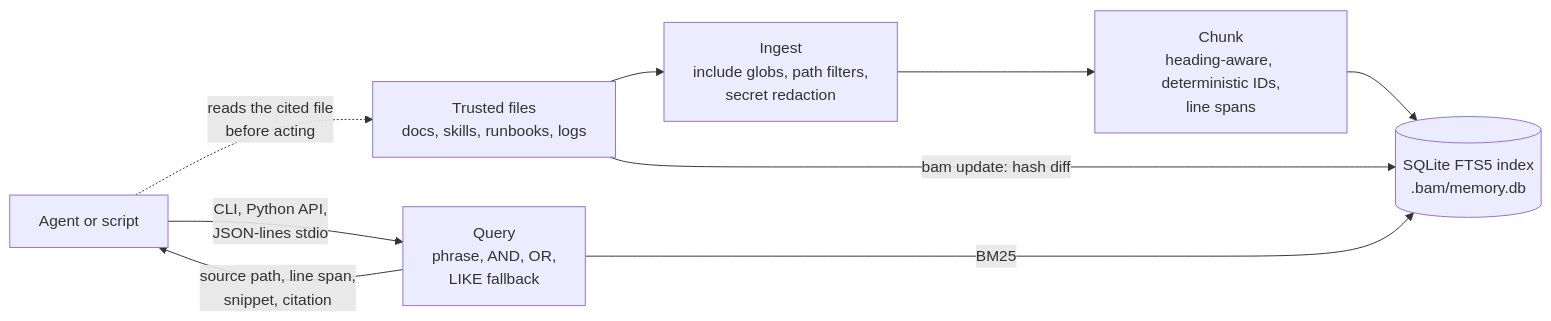
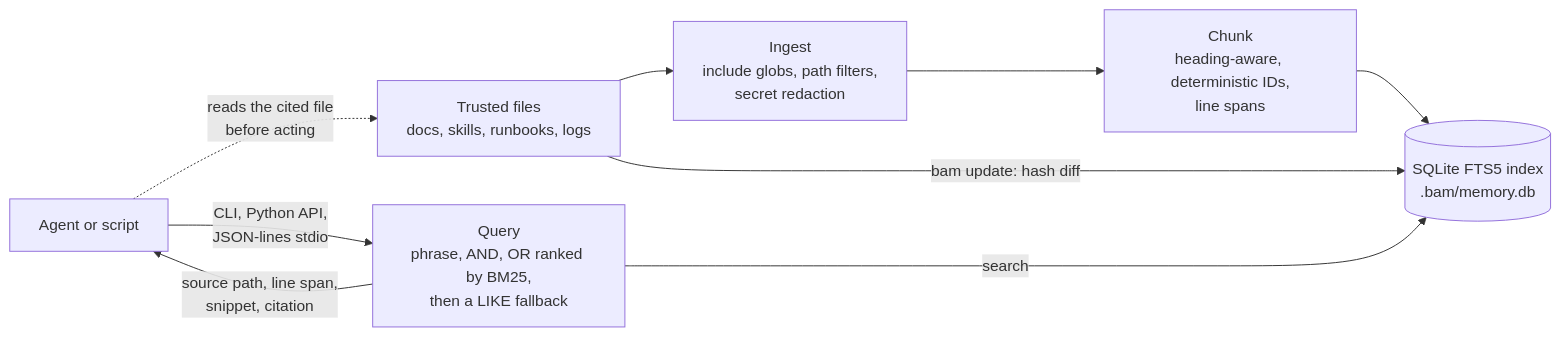
The diagram in docs/architecture.mmd (hskl18/boring-agent-memory), drawn with Mermaid before and after one commit. The commit also changed 3 other files, not shown here.

Commit message:
docs: make the architecture diagram match the code more closely

```diff
--- a/docs/architecture.mmd
+++ b/docs/architecture.mmd
@@ -1,9 +1,9 @@
 flowchart LR
   Files["Trusted files<br/>docs, skills, runbooks, logs"] --> Ingest["Ingest<br/>include globs, path filters,<br/>secret redaction"]
   Ingest --> Chunk["Chunk<br/>heading-aware, deterministic IDs,<br/>line spans"]
   Chunk --> DB[("SQLite FTS5 index<br/>.bam/memory.db")]
   Files -->|"bam update: hash diff"| DB
-  Agent["Agent or script"] -->|"CLI, Python API,<br/>JSON-lines stdio"| Query["Query<br/>phrase, AND, OR,<br/>LIKE fallback"]
-  Query -->|"BM25"| DB
+  Agent["Agent or script"] -->|"CLI, Python API,<br/>JSON-lines stdio"| Query["Query<br/>phrase, AND, OR ranked by BM25,<br/>then a LIKE fallback"]
+  Query -->|"search"| DB
   Query -->|"source path, line span,<br/>snippet, citation"| Agent
   Agent -.->|"reads the cited file<br/>before acting"| Files
```
